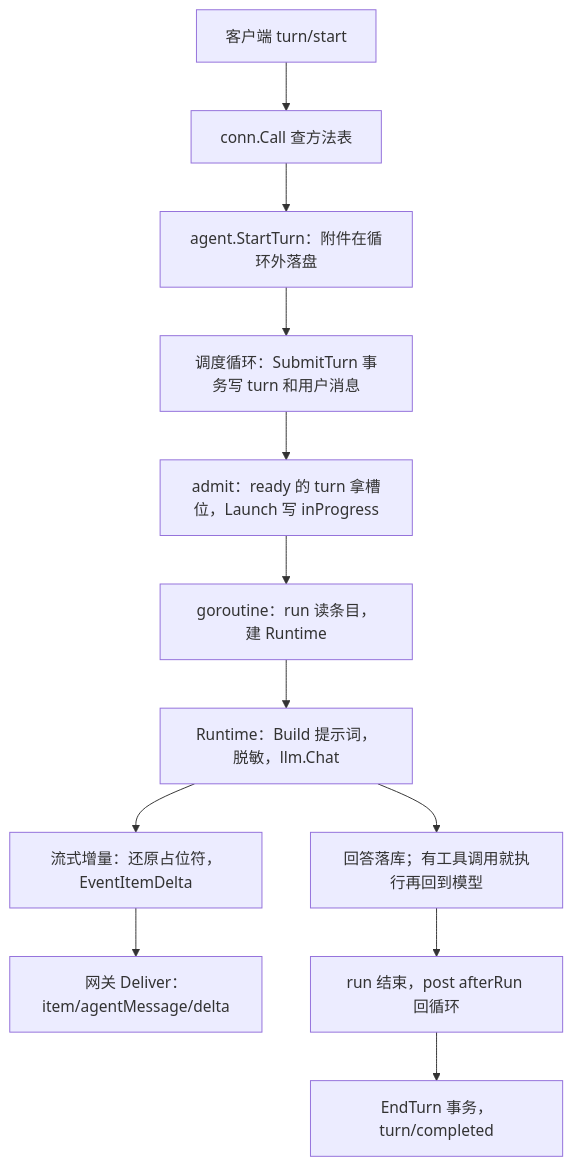
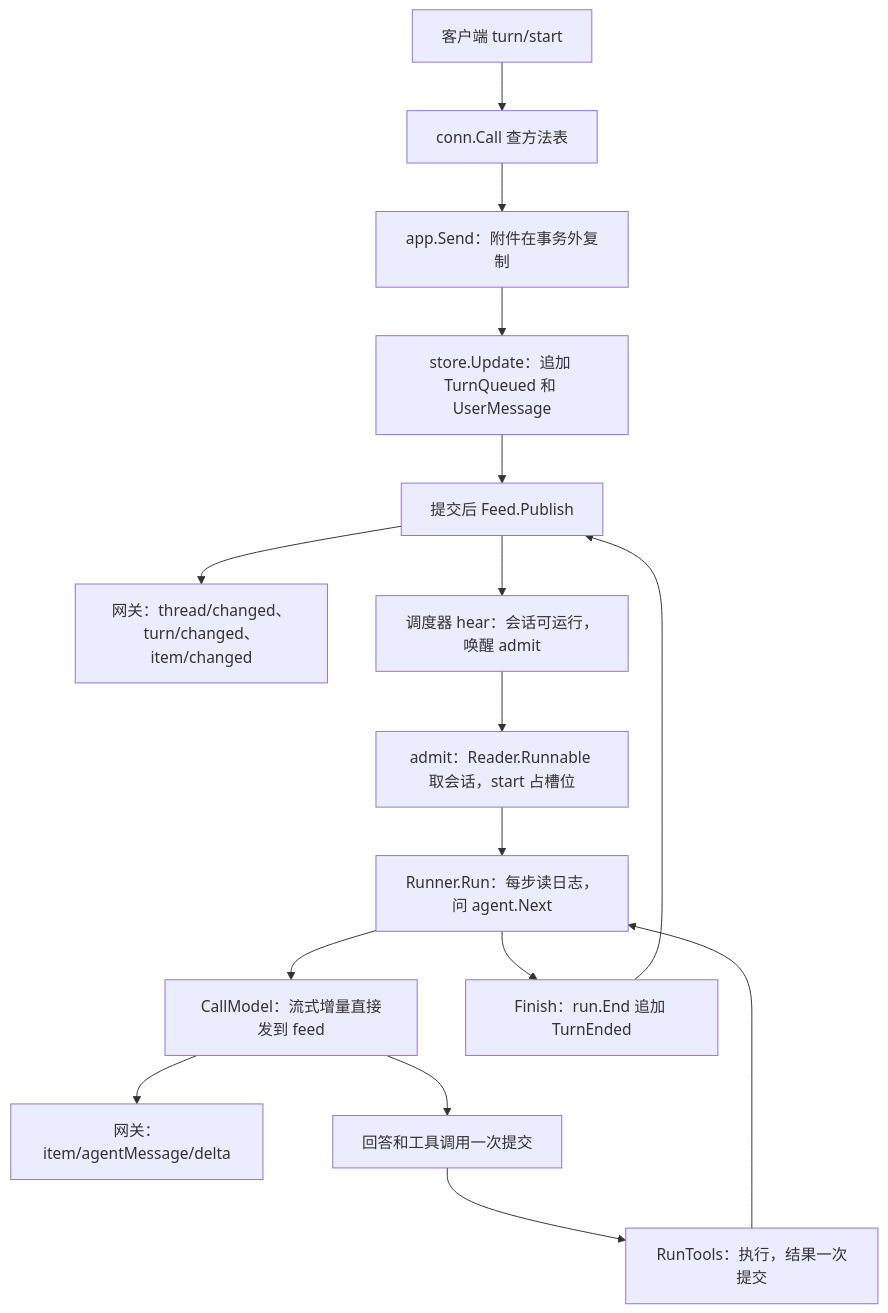
Before and after one commit to 0xfakeSpike/ollupi-docs: the second of 2 diagrams in docs/zh/engine/architecture.md, drawn with Mermaid. The commit also changed other lines of this file and 86 other files, not shown here.

````diff
--- a/docs/zh/engine/architecture.md
+++ b/docs/zh/engine/architecture.md
@@ -81,14 +143,18 @@
 ```mermaid
 flowchart TD
   A["客户端 turn/start"] --> B["conn.Call 查方法表"]
-  B --> C["agent.StartTurn：附件在循环外落盘"]
-  C --> D["调度循环：SubmitTurn 事务写 turn 和用户消息"]
-  D --> E["admit：ready 的 turn 拿槽位，Launch 写 inProgress"]
-  E --> F["goroutine：run 读条目，建 Runtime"]
-  F --> G["Runtime：Build 提示词，脱敏，llm.Chat"]
-  G --> H["流式增量：还原占位符，EventItemDelta"]
-  H --> I["网关 Deliver：item/agentMessage/delta"]
-  G --> J["回答落库；有工具调用就执行再回到模型"]
-  J --> K["run 结束，post afterRun 回循环"]
-  K --> L["EndTurn 事务，turn/completed"]
+  B --> C["app.Send：附件在事务外复制"]
+  C --> D["store.Update：追加 TurnQueued 和 UserMessage"]
+  D --> E["提交后 Feed.Publish"]
+  E --> F["网关：thread/changed、turn/changed、item/changed"]
+  E --> G["调度器 hear：会话可运行，唤醒 admit"]
+  G --> H["admit：Reader.Runnable 取会话，start 占槽位"]
+  H --> I["Runner.Run：每步读日志，问 agent.Next"]
+  I --> J["CallModel：流式增量直接发到 feed"]
+  J --> K["网关：item/agentMessage/delta"]
+  J --> L["回答和工具调用一次提交"]
+  L --> M["RunTools：执行，结果一次提交"]
+  M --> I
+  I --> N["Finish：run.End 追加 TurnEnded"]
+  N --> E
 ```
````
